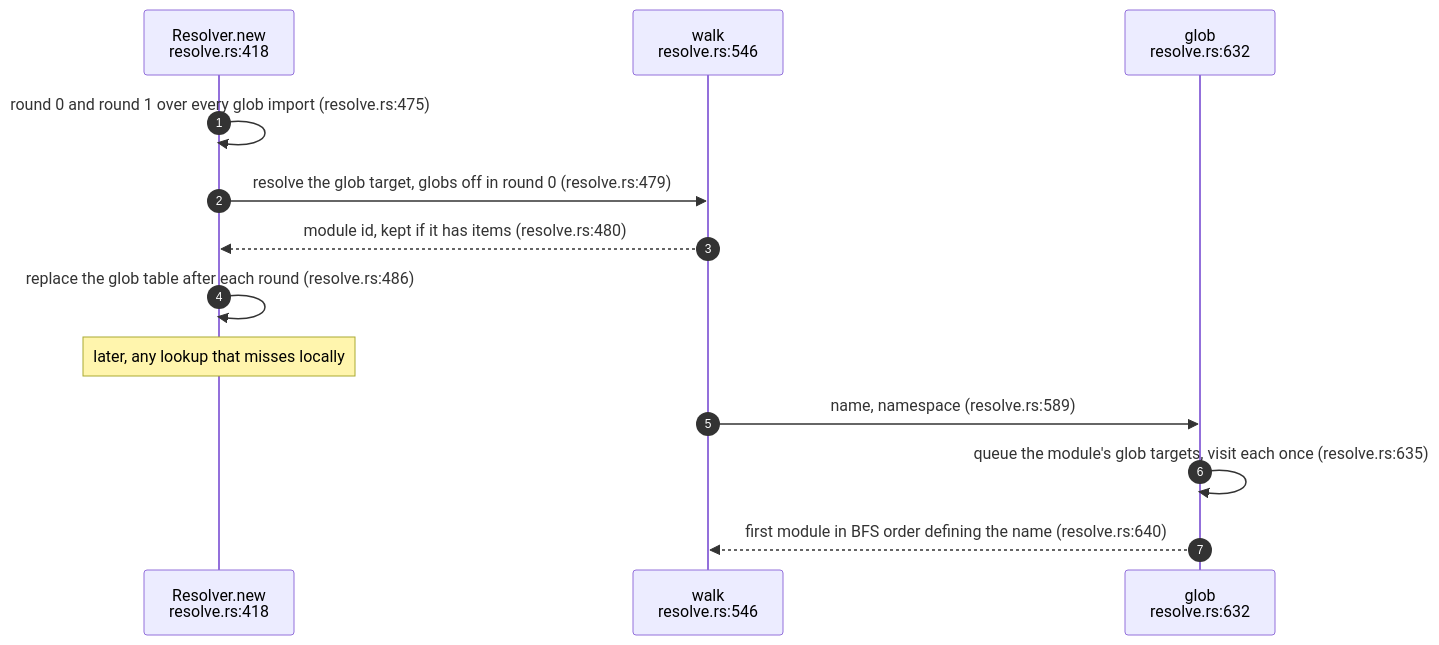
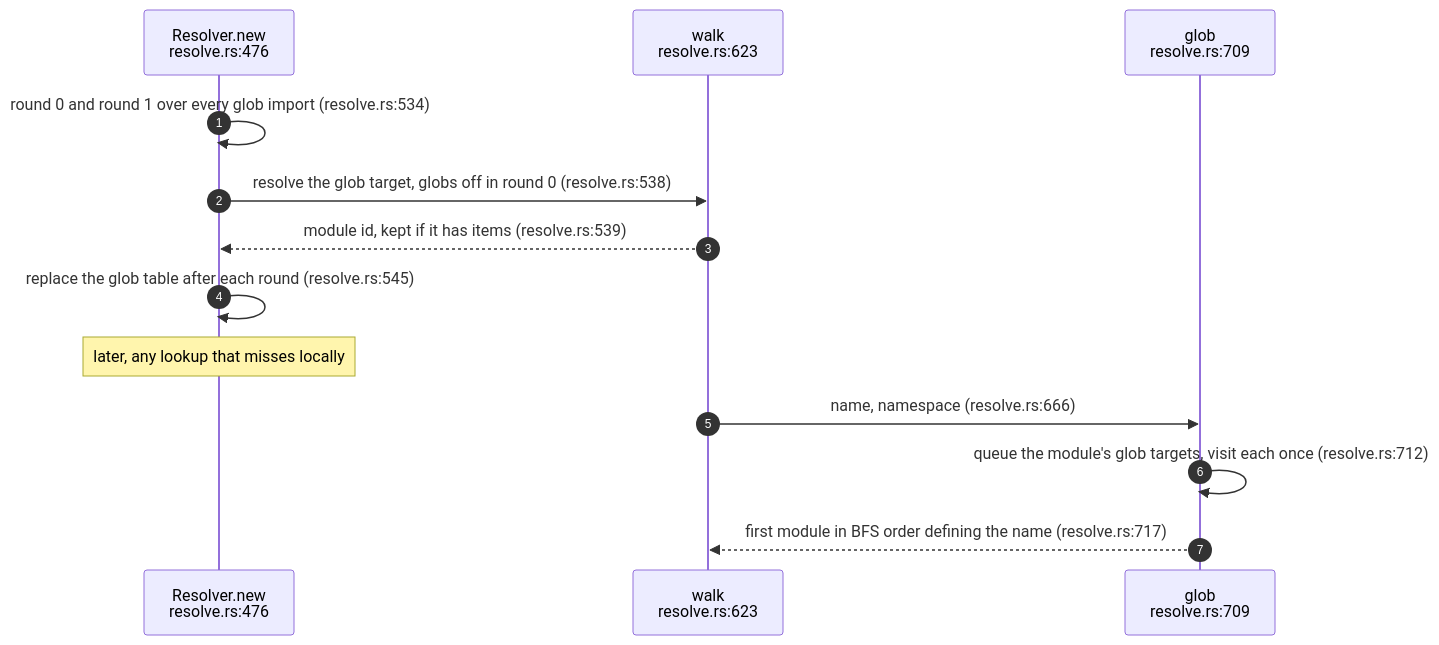
The third of 6 diagrams in docs/diagrams/extract/05-workspace-name-resolution.md (DreamLab-AI/codemaid), drawn with Mermaid before and after one commit. The commit also changed other lines of this file and 8 other files, not shown here.

First line of the commit message:
docs(diagrams): restamp the extract topics to fec7aff; record the generics fix

````diff
--- a/docs/diagrams/extract/05-workspace-name-resolution.md
+++ b/docs/diagrams/extract/05-workspace-name-resolution.md
@@ -147,15 +147,15 @@
 ```mermaid
 sequenceDiagram
     autonumber
-    participant NW as Resolver.new<br/>resolve.rs:418
-    participant WK as walk<br/>resolve.rs:546
-    participant GB as glob<br/>resolve.rs:632
-    NW->>NW: round 0 and round 1 over every glob import (resolve.rs:475)
-    NW->>WK: resolve the glob target, globs off in round 0 (resolve.rs:479)
-    WK-->>NW: module id, kept if it has items (resolve.rs:480)
-    NW->>NW: replace the glob table after each round (resolve.rs:486)
+    participant NW as Resolver.new<br/>resolve.rs:476
+    participant WK as walk<br/>resolve.rs:623
+    participant GB as glob<br/>resolve.rs:709
+    NW->>NW: round 0 and round 1 over every glob import (resolve.rs:534)
+    NW->>WK: resolve the glob target, globs off in round 0 (resolve.rs:538)
+    WK-->>NW: module id, kept if it has items (resolve.rs:539)
+    NW->>NW: replace the glob table after each round (resolve.rs:545)
     Note over NW: later, any lookup that misses locally
-    WK->>GB: name, namespace (resolve.rs:589)
-    GB->>GB: queue the module's glob targets, visit each once (resolve.rs:635)
-    GB-->>WK: first module in BFS order defining the name (resolve.rs:640)
+    WK->>GB: name, namespace (resolve.rs:666)
+    GB->>GB: queue the module's glob targets, visit each once (resolve.rs:712)
+    GB-->>WK: first module in BFS order defining the name (resolve.rs:717)
 ```
````
